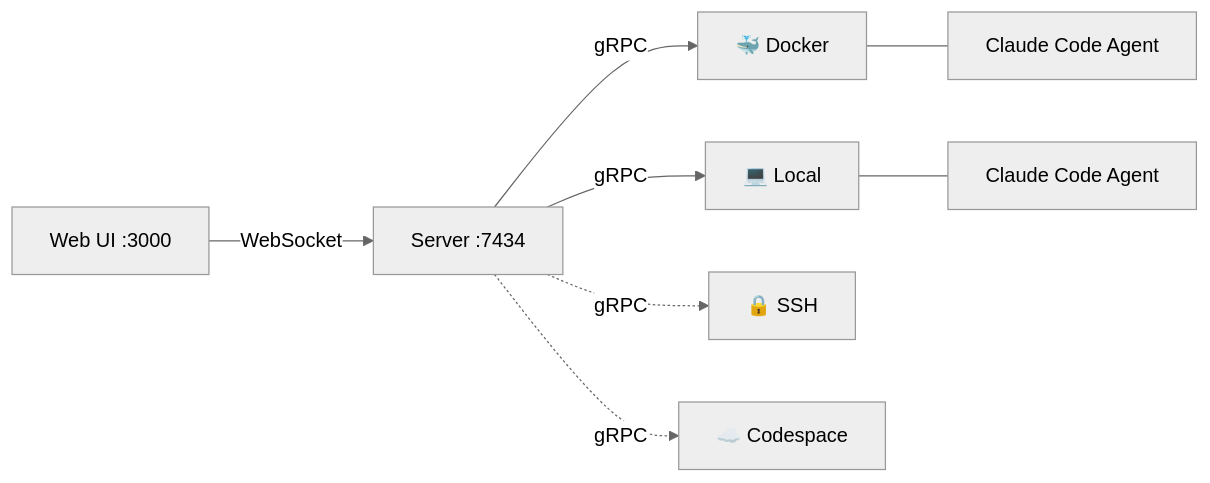
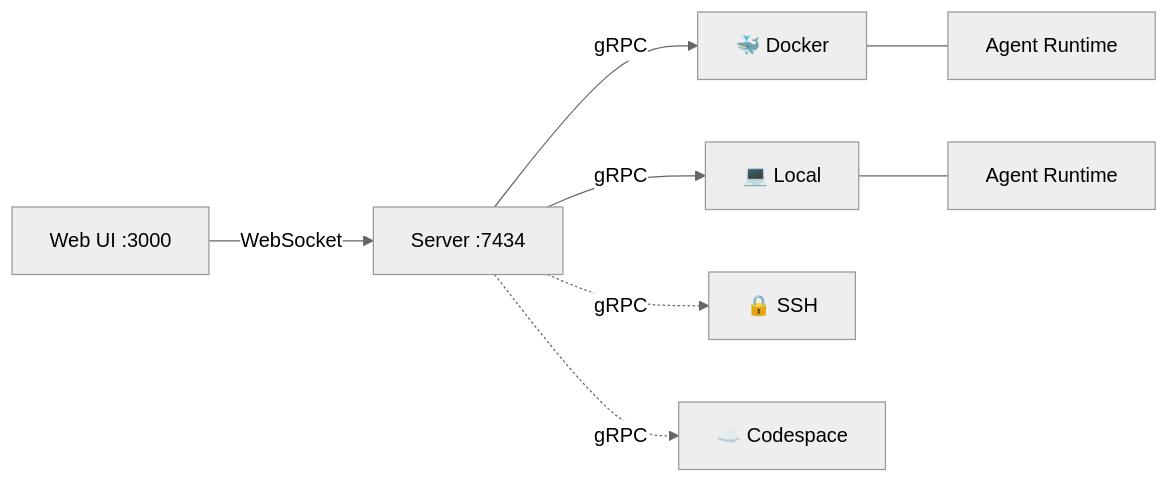
One commit to nick-pape/grackle changed the diagram in README.md. Above: the diagram before and after it, drawn with Mermaid (neutral theme). The commit also changed other lines of this file, not shown here.

````diff
--- a/README.md
+++ b/README.md
@@ -9,19 +38,19 @@
 ```mermaid
 graph LR
     UI["Web UI :3000"]
     Server["Server :7434"]
 
     Docker["🐳 Docker"]
     Local["💻 Local"]
     SSH["🔒 SSH"]
     CS["☁️ Codespace"]
 
     UI -- WebSocket --> Server
     Server -- gRPC --> Docker
     Server -- gRPC --> Local
     Server -. gRPC .-> SSH
     Server -. gRPC .-> CS
 
-    Docker --- Agent1["Claude Code Agent"]
-    Local --- Agent2["Claude Code Agent"]
+    Docker --- Agent1["Agent Runtime"]
+    Local --- Agent2["Agent Runtime"]
 ```
````
